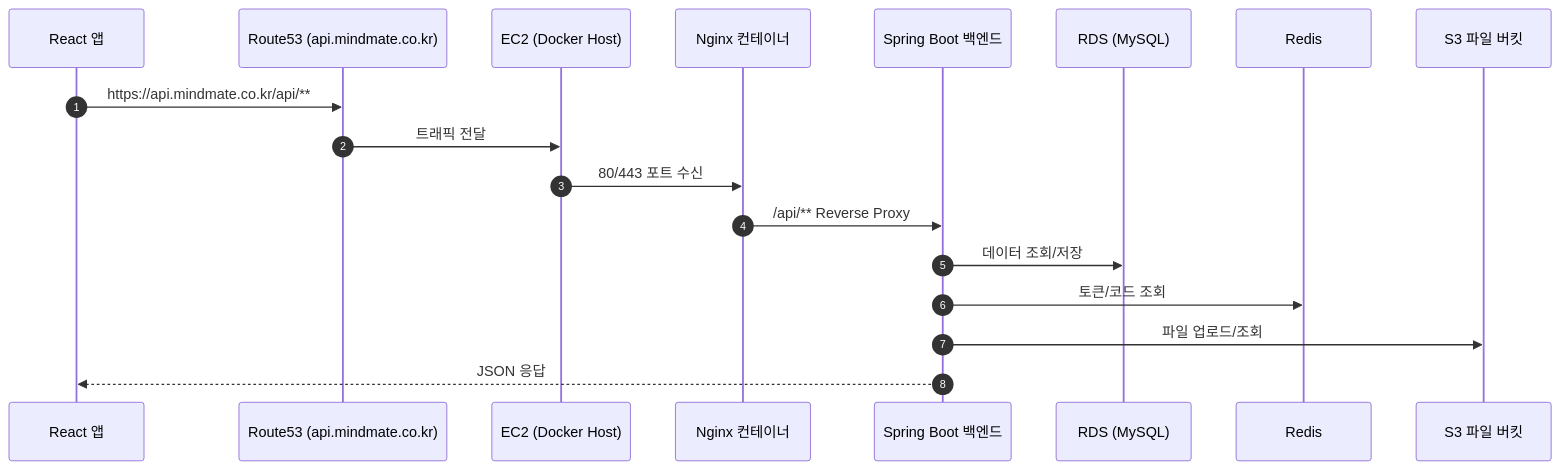
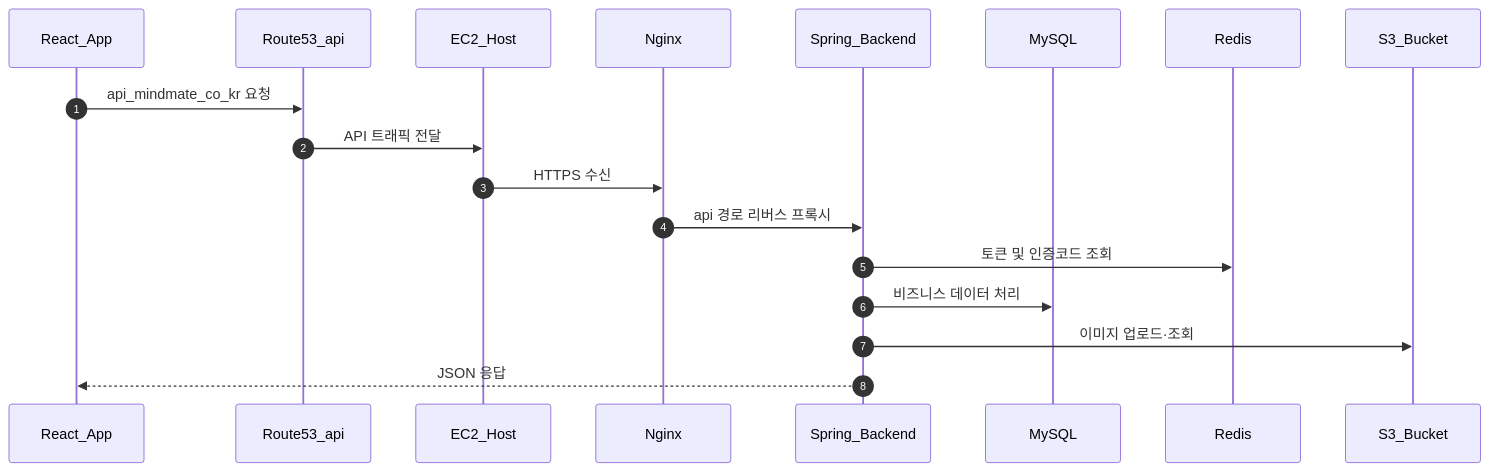
One commit to monancho/mindmate-docs12 changed the second of 4 diagrams in docs/overview/architecture.md. Above: the diagram before and after it, drawn with Mermaid. The commit also changed other lines of this file and 1 other file, not shown here.

````diff
--- a/docs/overview/architecture.md
+++ b/docs/overview/architecture.md
@@ -82,25 +82,22 @@
 ```mermaid
 sequenceDiagram
     autonumber
+    participant FE as React_App
+    participant R53 as Route53_api
+    participant EC2 as EC2_Host
+    participant NX as Nginx
+    participant BE as Spring_Backend
+    participant RDS as MySQL
+    participant RD as Redis
+    participant S3 as S3_Bucket
 
-    participant React as React 앱
-    participant R53Api as Route53 (api.mindmate.co.kr)
-    participant EC2 as EC2 (Docker Host)
-    participant Nginx as Nginx 컨테이너
-    participant Backend as Spring Boot 백엔드
-    participant RDS as RDS (MySQL)
-    participant Redis as Redis
-    participant S3Files as S3 파일 버킷
+    FE ->> R53: api_mindmate_co_kr 요청
+    R53 ->> EC2: API 트래픽 전달
+    EC2 ->> NX: HTTPS 수신
+    NX ->> BE: api 경로 리버스 프록시
 
-    React->>R53Api: https://api.mindmate.co.kr/api/**
-    R53Api->>EC2: 트래픽 전달
-    EC2->>Nginx: 80/443 포트 수신
-    Nginx->>Backend: /api/** Reverse Proxy
-    Backend->>RDS: 데이터 조회/저장
-    Backend->>Redis: 토큰/코드 조회
-    Backend->>S3Files: 파일 업로드/조회
-    Backend-->>React: JSON 응답
-
-
-
+    BE ->> RD: 토큰 및 인증코드 조회
+    BE ->> RDS: 비즈니스 데이터 처리
+    BE ->> S3: 이미지 업로드·조회
+    BE -->> FE: JSON 응답
 ```
````
